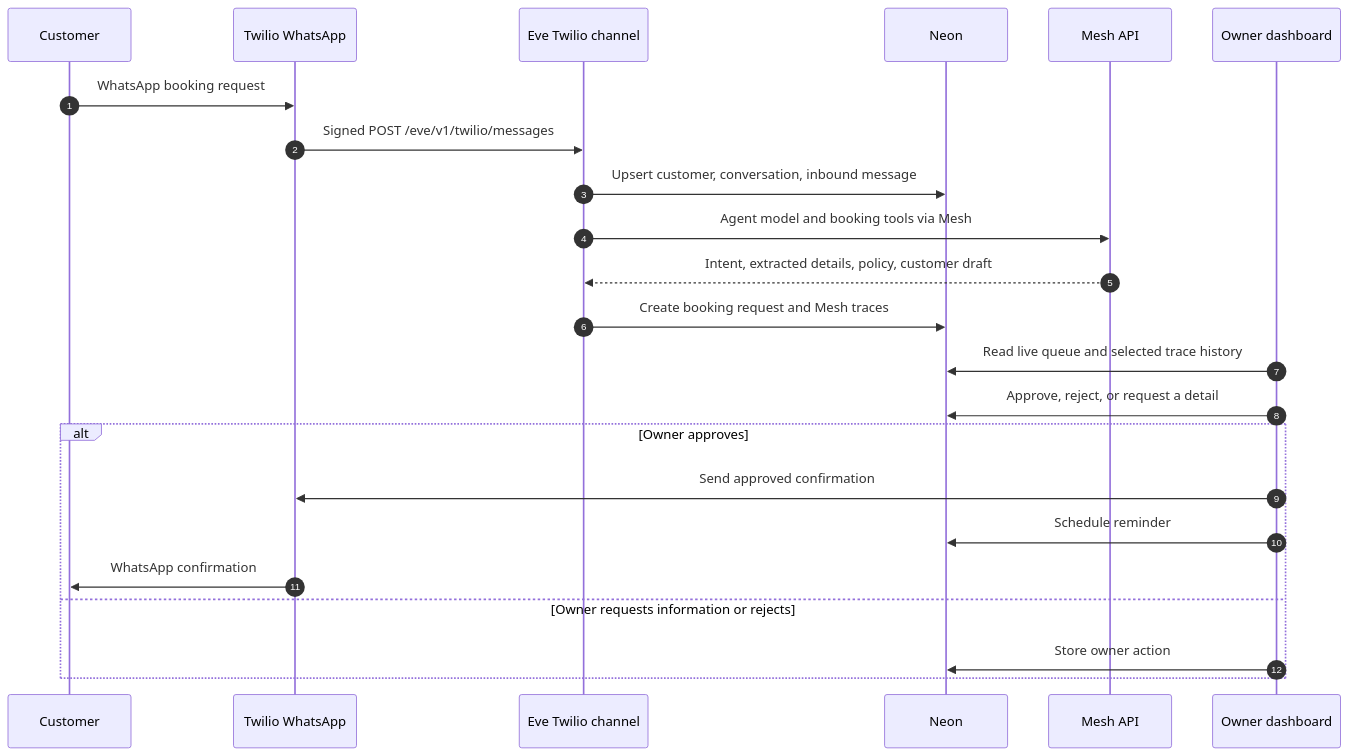
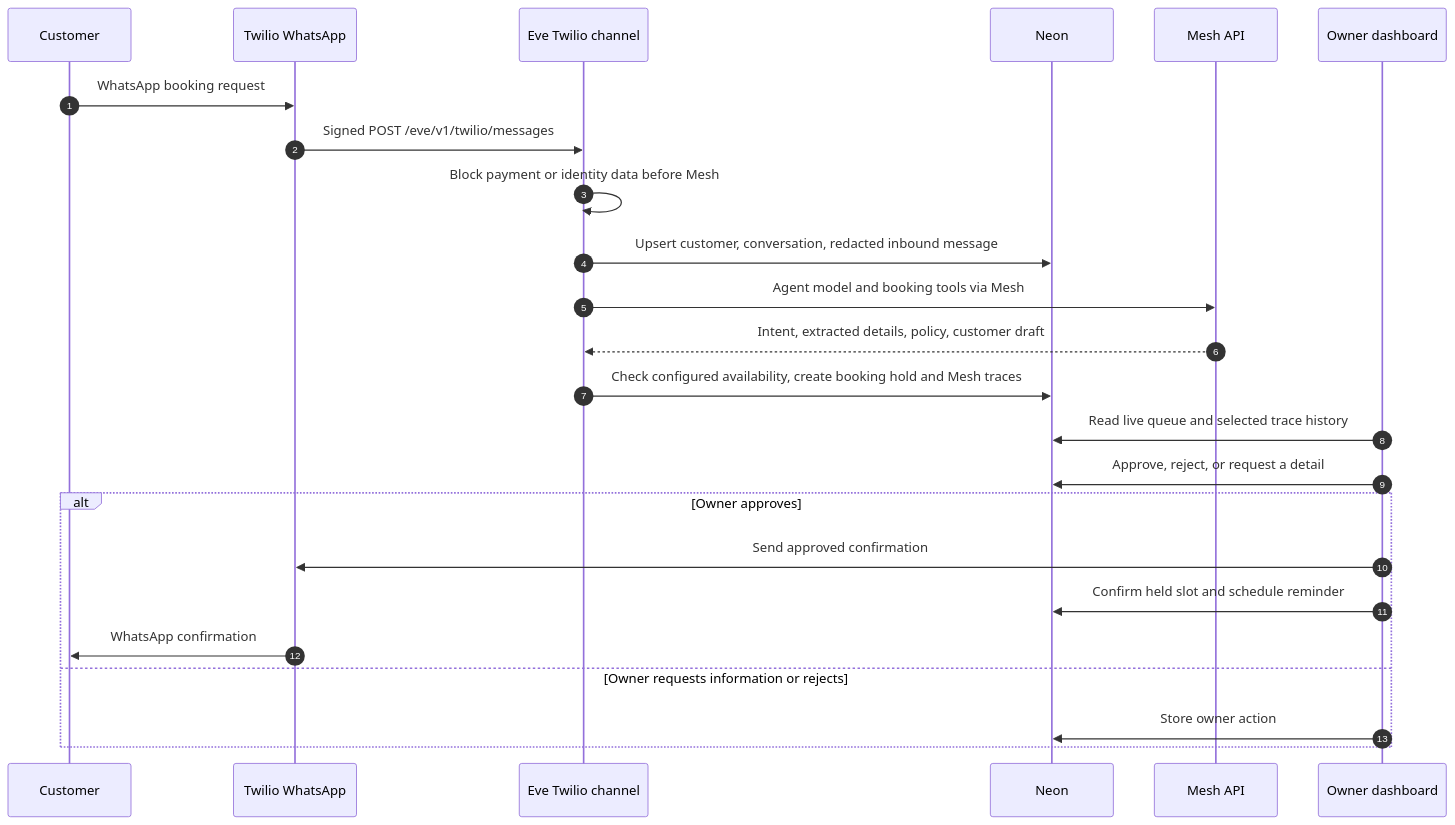
One commit to N-45div/SlotWaala changed the second of 5 diagrams in ARCHITECTURE.md. Above: the diagram before and after it, drawn with Mermaid. The commit also changed other lines of this file and 31 other files, not shown here.

````diff
--- a/ARCHITECTURE.md
+++ b/ARCHITECTURE.md
@@ -40,26 +40,27 @@
 ```mermaid
 sequenceDiagram
   autonumber
   participant C as Customer
   participant T as Twilio WhatsApp
   participant E as Eve Twilio channel
   participant N as Neon
   participant M as Mesh API
   participant O as Owner dashboard
 
   C->>T: WhatsApp booking request
   T->>E: Signed POST /eve/v1/twilio/messages
-  E->>N: Upsert customer, conversation, inbound message
+  E->>E: Block payment or identity data before Mesh
+  E->>N: Upsert customer, conversation, redacted inbound message
   E->>M: Agent model and booking tools via Mesh
   M-->>E: Intent, extracted details, policy, customer draft
-  E->>N: Create booking request and Mesh traces
+  E->>N: Check configured availability, create booking hold and Mesh traces
   O->>N: Read live queue and selected trace history
   O->>N: Approve, reject, or request a detail
   alt Owner approves
     O->>T: Send approved confirmation
-    O->>N: Schedule reminder
+    O->>N: Confirm held slot and schedule reminder
     T->>C: WhatsApp confirmation
   else Owner requests information or rejects
     O->>N: Store owner action
   end
 ```
````
